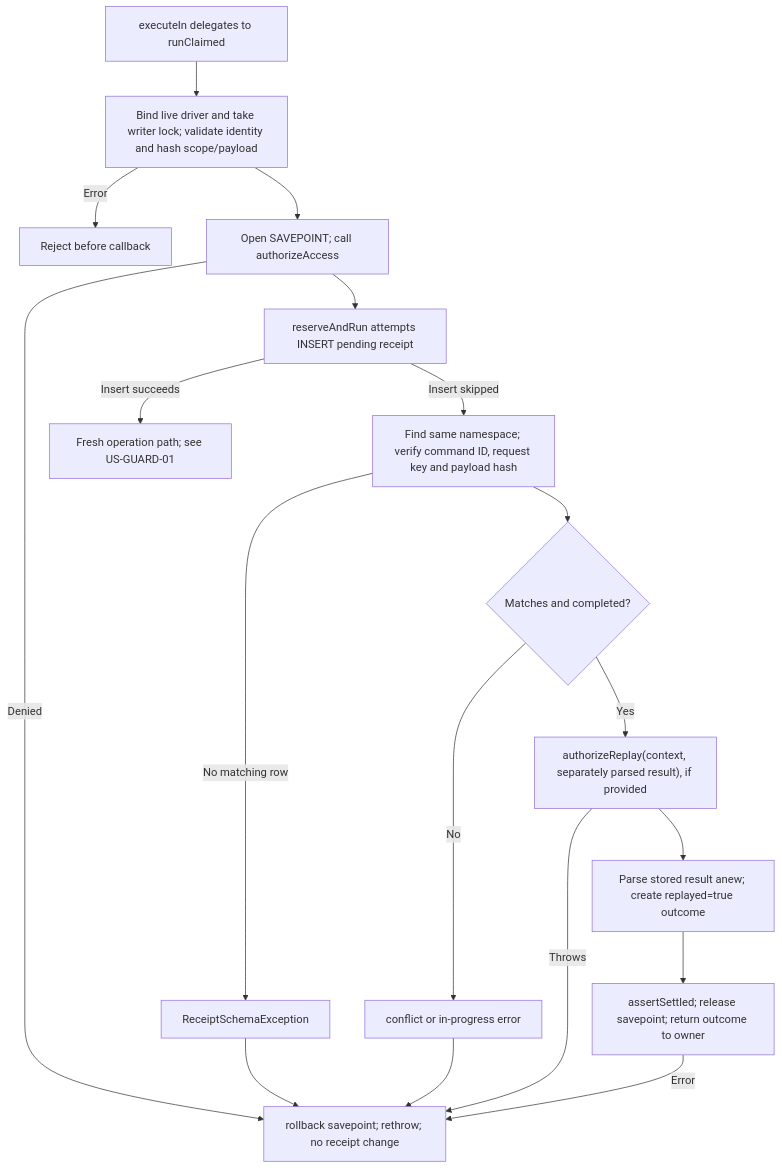
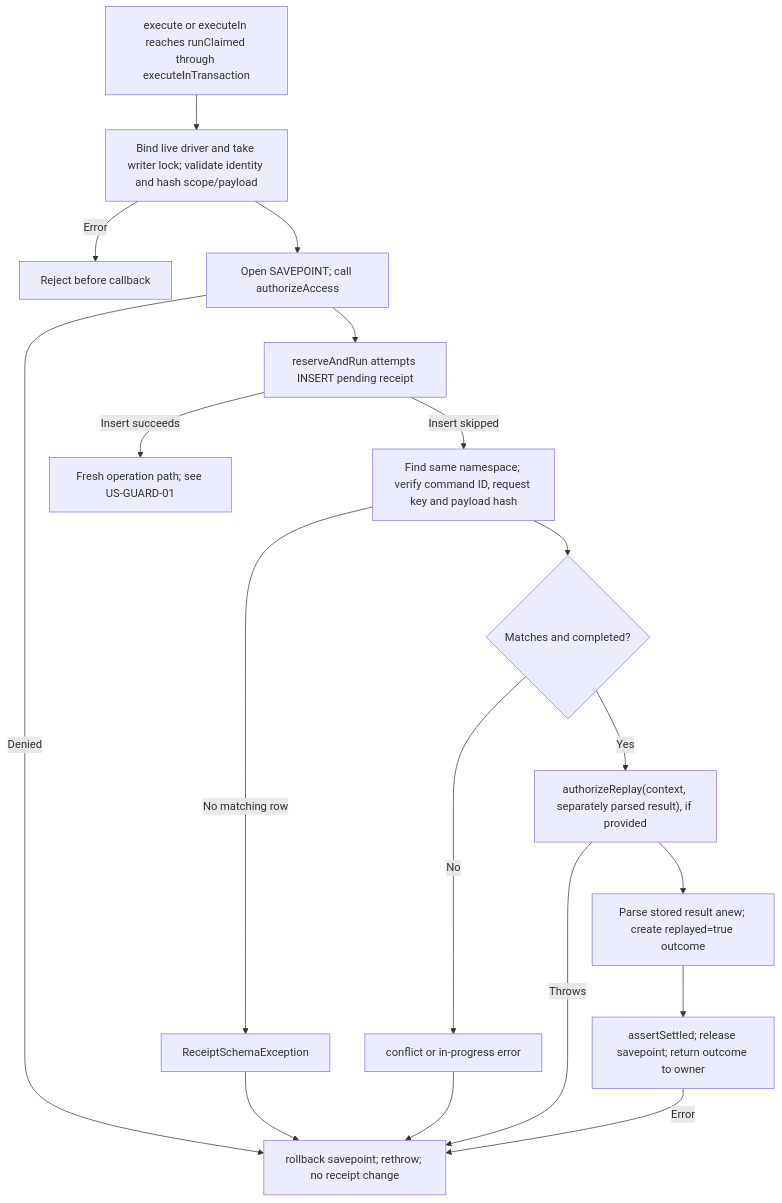
One commit to Kevinjohn/oss-adonisjs-duplicate-request-guard changed the second of 2 diagrams in user-stories/US-GUARD-03-authorize-replay.md. Above: the diagram before and after it, drawn with Mermaid. The commit also changed other lines of this file and 18 other files, not shown here.

````diff
--- a/user-stories/US-GUARD-03-authorize-replay.md
+++ b/user-stories/US-GUARD-03-authorize-replay.md
@@ -43,20 +43,20 @@
 ```mermaid
 flowchart TD
-    A["executeIn delegates to runClaimed"] --> V["Bind live driver and take writer lock; validate identity and hash scope/payload"]
+    A["execute or executeIn reaches runClaimed through executeInTransaction"] --> V["Bind live driver and take writer lock; validate identity and hash scope/payload"]
     V -->|Error| X["Reject before callback"]
     V --> A2["Open SAVEPOINT; call authorizeAccess"]
     A2 -->|Denied| Z["rollback savepoint; rethrow; no receipt change"]
     A2 --> B["reserveAndRun attempts INSERT pending receipt"]
     B -->|Insert succeeds| N["Fresh operation path; see US-GUARD-01"]
     B -->|Insert skipped| C["Find same namespace; verify command ID, request key and payload hash"]
     C -->|No matching row| S["ReceiptSchemaException"]
     S --> Z
     C --> D{"Matches and completed?"}
     D -->|No| E["conflict or in-progress error"]
     E --> Z
     D -->|Yes| G["authorizeReplay(context, separately parsed result), if provided"]
     G -->|Throws| Z
     G --> H["Parse stored result anew; create replayed=true outcome"]
     H --> T["assertSettled; release savepoint; return outcome to owner"]
     T -->|Error| Z
 ```
````
